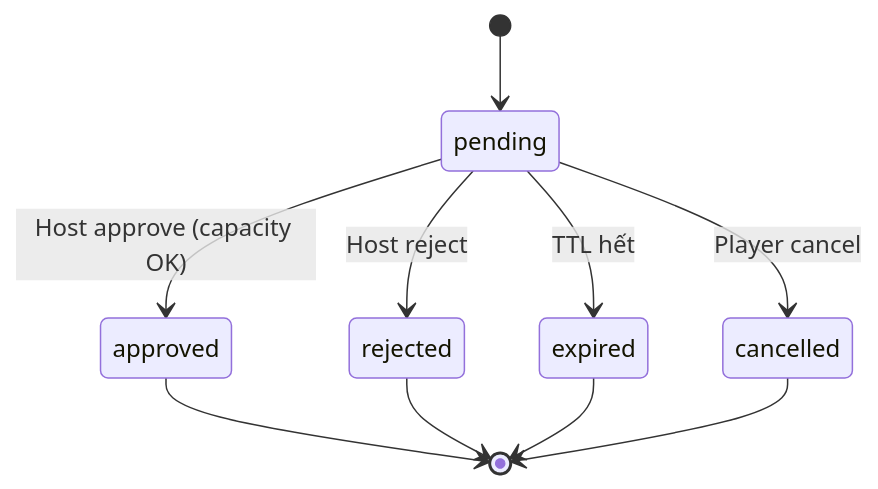
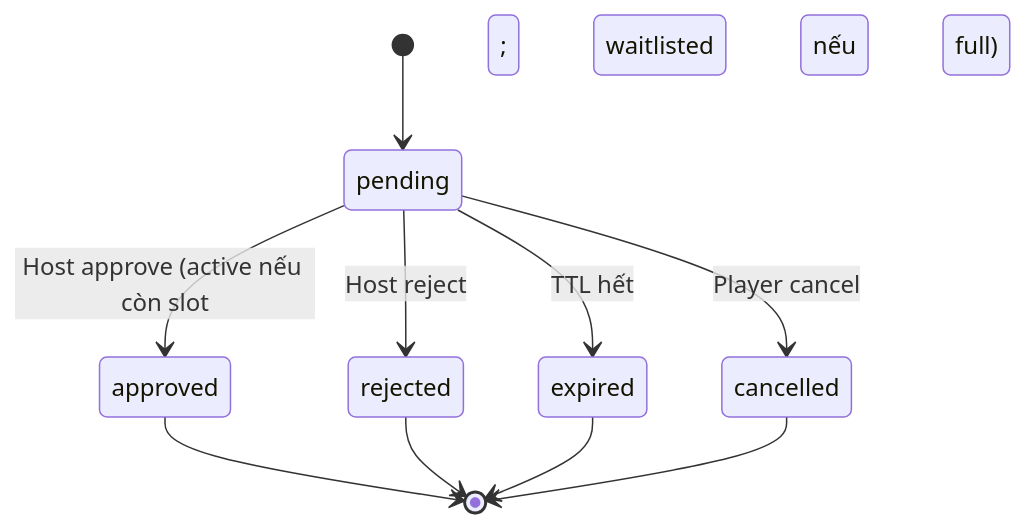
The diagram in docs/features/feature_cross_club_join.md (maingocanh1702/plexco-app), drawn with Mermaid before and after one commit. The commit also changed other lines of this file and 98 other files, not shown here.

````diff
--- a/docs/features/feature_cross_club_join.md
+++ b/docs/features/feature_cross_club_join.md
@@ -86,12 +90,12 @@
 ```mermaid
 stateDiagram-v2
     [*] --> pending
-    pending --> approved: Host approve (capacity OK)
+    pending --> approved: Host approve (active nếu còn slot; waitlisted nếu full)
     pending --> rejected: Host reject
     pending --> expired: TTL hết
     pending --> cancelled: Player cancel
     approved --> [*]
     rejected --> [*]
     expired --> [*]
     cancelled --> [*]
 ```
````
